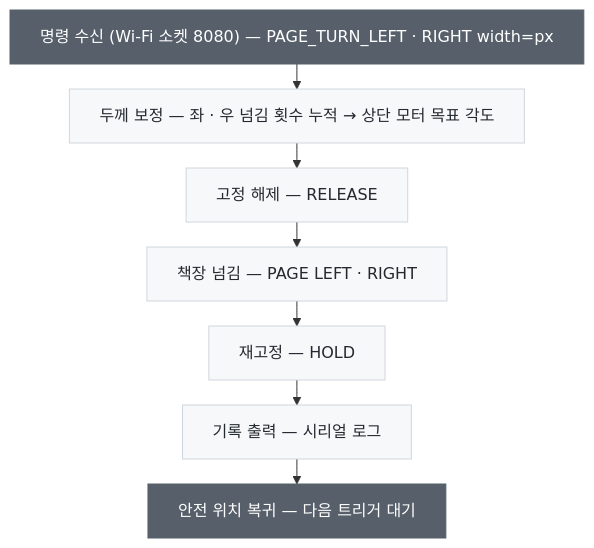
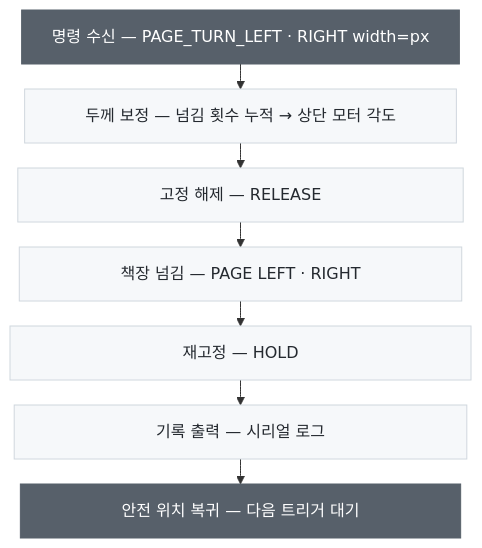
Before and after one commit to YOOBIN-AN/gaze-page-turner: the first of 3 diagrams in page-actuator/README.md, drawn with Mermaid.

Commit message:
Equalize process flow box widths

````diff
--- a/page-actuator/README.md
+++ b/page-actuator/README.md
@@ -91,15 +91,15 @@
 ```mermaid
 %%{init: {'flowchart': {'wrappingWidth': 600, 'rankSpacing': 25}}}%%
 flowchart TD
-    T["명령 수신 (Wi-Fi 소켓 8080) — PAGE_TURN_LEFT · RIGHT width=px"] --> C["두께 보정 — 좌 · 우 넘김 횟수 누적 → 상단 모터 목표 각도"]
-    C --> R["고정 해제 — RELEASE"]
-    R --> P["책장 넘김 — PAGE LEFT · RIGHT"]
-    P --> H["재고정 — HOLD"]
-    H --> L["기록 출력 — 시리얼 로그"]
-    L --> W["안전 위치 복귀 — 다음 트리거 대기"]
+    T["명령 수신 — PAGE_TURN_LEFT · RIGHT width=px"] --> C["#nbsp;#nbsp;#nbsp;#nbsp;#nbsp;#nbsp;두께 보정 — 넘김 횟수 누적 → 상단 모터 각도#nbsp;#nbsp;#nbsp;#nbsp;#nbsp;#nbsp;"]
+    C --> R["#nbsp;#nbsp;#nbsp;#nbsp;#nbsp;#nbsp;#nbsp;#nbsp;#nbsp;#nbsp;#nbsp;#nbsp;#nbsp;#nbsp;#nbsp;#nbsp;#nbsp;#nbsp;#nbsp;#nbsp;#nbsp;#nbsp;고정 해제 — RELEASE#nbsp;#nbsp;#nbsp;#nbsp;#nbsp;#nbsp;#nbsp;#nbsp;#nbsp;#nbsp;#nbsp;#nbsp;#nbsp;#nbsp;#nbsp;#nbsp;#nbsp;#nbsp;#nbsp;#nbsp;#nbsp;#nbsp;"]
+    R --> P["#nbsp;#nbsp;#nbsp;#nbsp;#nbsp;#nbsp;#nbsp;#nbsp;#nbsp;#nbsp;#nbsp;#nbsp;#nbsp;#nbsp;책장 넘김 — PAGE LEFT · RIGHT#nbsp;#nbsp;#nbsp;#nbsp;#nbsp;#nbsp;#nbsp;#nbsp;#nbsp;#nbsp;#nbsp;#nbsp;#nbsp;#nbsp;"]
+    P --> H["#nbsp;#nbsp;#nbsp;#nbsp;#nbsp;#nbsp;#nbsp;#nbsp;#nbsp;#nbsp;#nbsp;#nbsp;#nbsp;#nbsp;#nbsp;#nbsp;#nbsp;#nbsp;#nbsp;#nbsp;#nbsp;#nbsp;#nbsp;#nbsp;#nbsp;#nbsp;#nbsp;#nbsp;재고정 — HOLD#nbsp;#nbsp;#nbsp;#nbsp;#nbsp;#nbsp;#nbsp;#nbsp;#nbsp;#nbsp;#nbsp;#nbsp;#nbsp;#nbsp;#nbsp;#nbsp;#nbsp;#nbsp;#nbsp;#nbsp;#nbsp;#nbsp;#nbsp;#nbsp;#nbsp;#nbsp;#nbsp;#nbsp;"]
+    H --> L["#nbsp;#nbsp;#nbsp;#nbsp;#nbsp;#nbsp;#nbsp;#nbsp;#nbsp;#nbsp;#nbsp;#nbsp;#nbsp;#nbsp;#nbsp;#nbsp;#nbsp;#nbsp;#nbsp;#nbsp;#nbsp;#nbsp;기록 출력 — 시리얼 로그#nbsp;#nbsp;#nbsp;#nbsp;#nbsp;#nbsp;#nbsp;#nbsp;#nbsp;#nbsp;#nbsp;#nbsp;#nbsp;#nbsp;#nbsp;#nbsp;#nbsp;#nbsp;#nbsp;#nbsp;#nbsp;#nbsp;"]
+    L --> W["#nbsp;#nbsp;#nbsp;#nbsp;#nbsp;#nbsp;#nbsp;#nbsp;#nbsp;#nbsp;#nbsp;#nbsp;#nbsp;#nbsp;안전 위치 복귀 — 다음 트리거 대기#nbsp;#nbsp;#nbsp;#nbsp;#nbsp;#nbsp;#nbsp;#nbsp;#nbsp;#nbsp;#nbsp;#nbsp;#nbsp;#nbsp;"]
 
     classDef io fill:#57606a,stroke:#57606a,color:#fff
     classDef step fill:#f6f8fa,stroke:#d0d7de,color:#24292f
     class T,W io
     class C,R,P,H,L step
 ```
````
